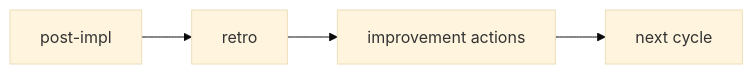
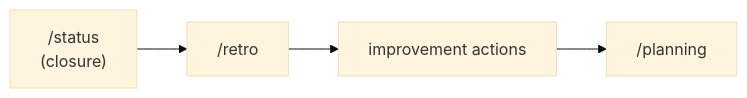
Before and after one commit to djalmajr/essential-skills: the diagram in skills/agile-retro/SKILL.md, drawn with Mermaid (base theme). The commit also changed other lines of this file and 60 other files, not shown here.

````diff
--- a/skills/agile-retro/SKILL.md
+++ b/skills/agile-retro/SKILL.md
@@ -91,6 +116,6 @@
 ```mermaid
 flowchart LR
-    A[post-impl] --> B[retro]
+    A["/status<br>(closure)"] --> B["/retro"]
     B --> C[improvement actions]
-    C --> D[next cycle]
+    C --> D["/planning"]
 ```
````
